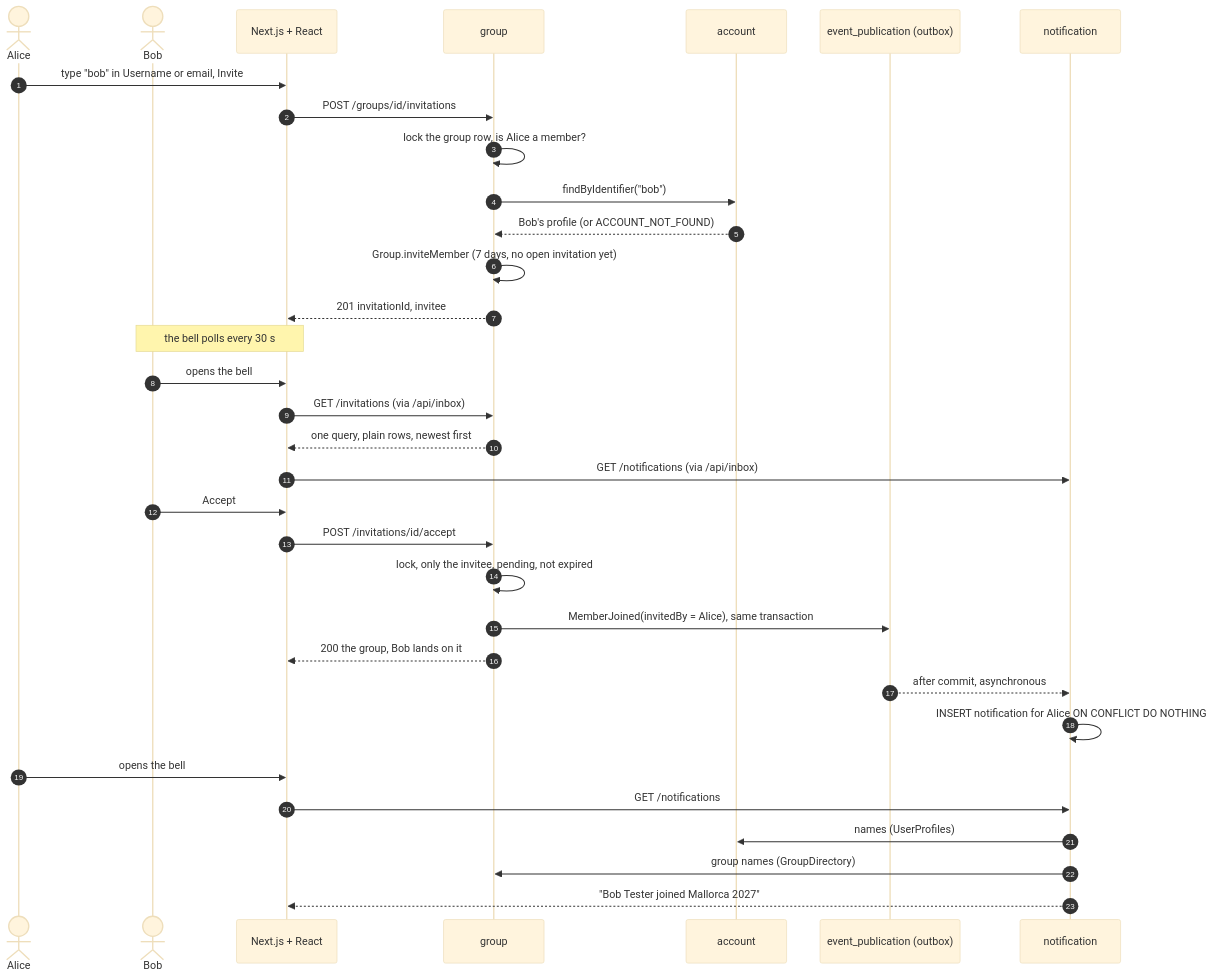
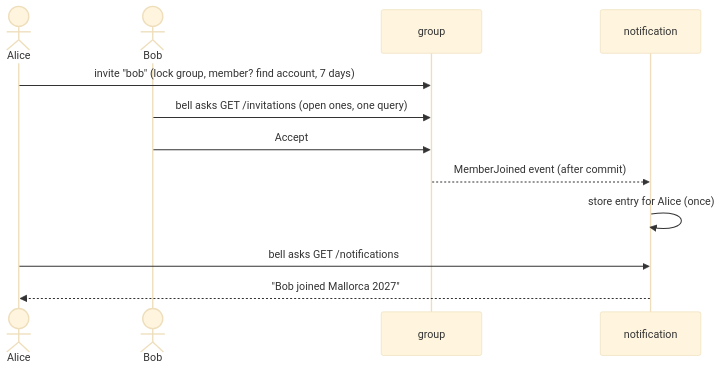
Before and after one commit to Ar000sh/sharewise: the second of 2 diagrams in docs/review/README.md, drawn with Mermaid (base theme). The commit also changed other lines of this file and 4 other files, not shown here.

````diff
--- a/docs/review/README.md
+++ b/docs/review/README.md
@@ -53,39 +38,14 @@
 ```mermaid
 sequenceDiagram
-  autonumber
   actor Alice
   actor Bob
-  participant FE as Next.js + React
   participant G as group
-  participant A as account
-  participant O as event_publication (outbox)
   participant N as notification
-
-  Alice->>FE: type "bob" in Username or email, Invite
-  FE->>G: POST /groups/id/invitations
-  G->>G: lock the group row, is Alice a member?
-  G->>A: findByIdentifier("bob")
-  A-->>G: Bob's profile (or ACCOUNT_NOT_FOUND)
-  G->>G: Group.inviteMember (7 days, no open invitation yet)
-  G-->>FE: 201 invitationId, invitee
-
-  Note over Bob,FE: the bell polls every 30 s
-  Bob->>FE: opens the bell
-  FE->>G: GET /invitations (via /api/inbox)
-  G-->>FE: one query, plain rows, newest first
-  FE->>N: GET /notifications (via /api/inbox)
-
-  Bob->>FE: Accept
-  FE->>G: POST /invitations/id/accept
-  G->>G: lock, only the invitee, pending, not expired
-  G->>O: MemberJoined(invitedBy = Alice), same transaction
-  G-->>FE: 200 the group, Bob lands on it
-  O-->>N: after commit, asynchronous
-  N->>N: INSERT notification for Alice ON CONFLICT DO NOTHING
-
-  Alice->>FE: opens the bell
-  FE->>N: GET /notifications
-  N->>A: names (UserProfiles)
-  N->>G: group names (GroupDirectory)
-  N-->>FE: "Bob Tester joined Mallorca 2027"
+  Alice->>G: invite "bob" (lock group, member? find account, 7 days)
+  Bob->>G: bell asks GET /invitations (open ones, one query)
+  Bob->>G: Accept
+  G-->>N: MemberJoined event (after commit)
+  N->>N: store entry for Alice (once)
+  Alice->>N: bell asks GET /notifications
+  N-->>Alice: "Bob joined Mallorca 2027"
 ```
````
